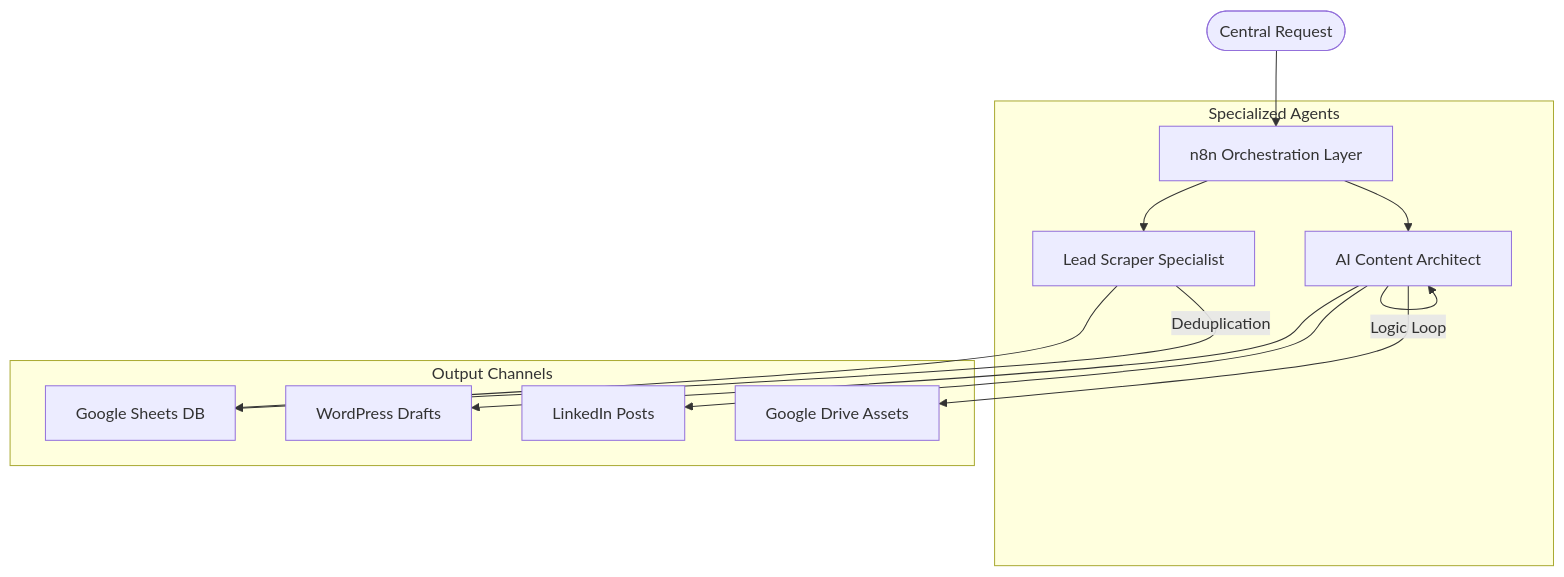
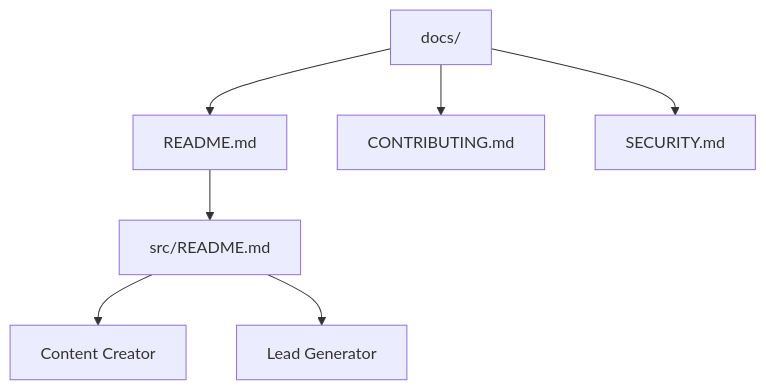
One commit to beydah/N8N-AI-Agent changed the diagram in docs/README.md. Above: the diagram before and after it, drawn with Mermaid. The commit also changed other lines of this file and 6 other files, not shown here.

Commit message:
Refresh README structure and simplify workflow diagrams

````diff
--- a/docs/README.md
+++ b/docs/README.md
@@ -17,19 +9,9 @@
 ```mermaid
 graph TD
-    Trigger([Central Request]) --> Orchestrator["n8n Orchestration Layer"]
-    
-    subgraph "Specialized Agents"
-        Orchestrator --> LG["Lead Scraper Specialist"]
-        Orchestrator --> CC["AI Content Architect"]
-    end
-
-    subgraph "Output Channels"
-        LG --> Sheets["Google Sheets DB"]
-        CC --> WP["WordPress Drafts"]
-        CC --> LI["LinkedIn Posts"]
-        CC --> GDrive["Google Drive Assets"]
-    end
-
-    LG -- "Deduplication" --> Sheets
-    CC -- "Logic Loop" --> CC
+    Docs["docs/"] --> Overview["README.md"]
+    Docs --> Contributing["CONTRIBUTING.md"]
+    Docs --> Security["SECURITY.md"]
+    Overview --> Source["src/README.md"]
+    Source --> Content["Content Creator"]
+    Source --> Leads["Lead Generator"]
 ```
````
